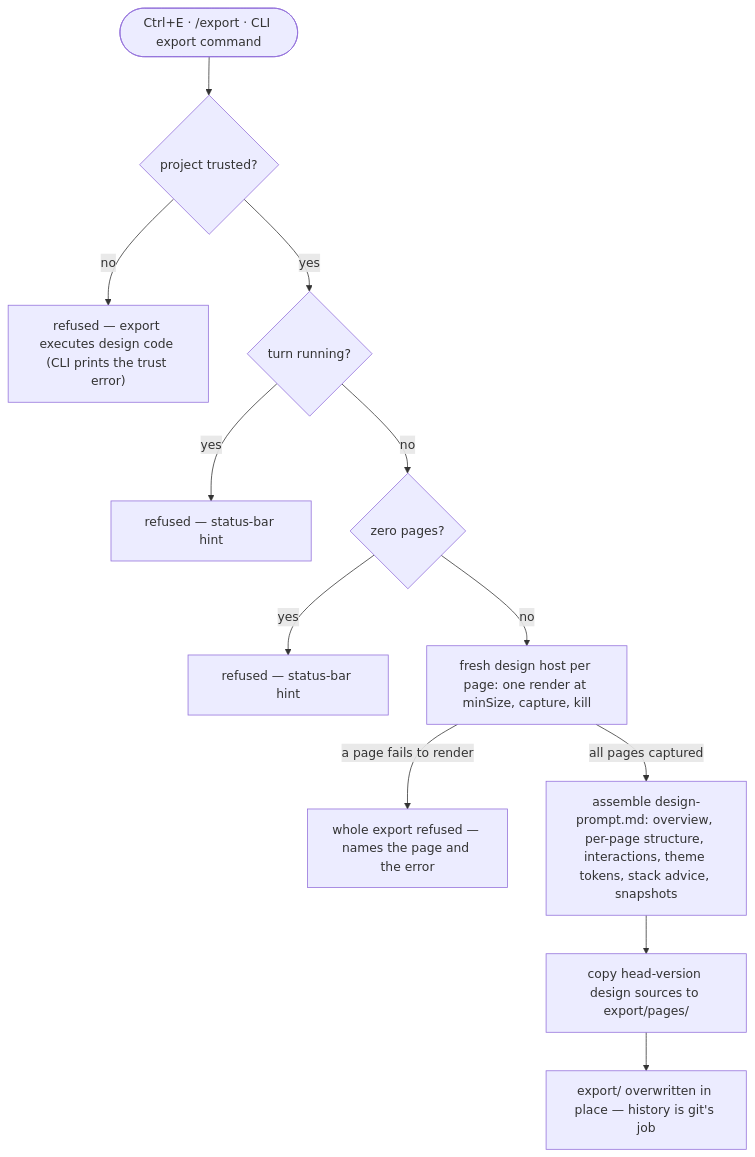
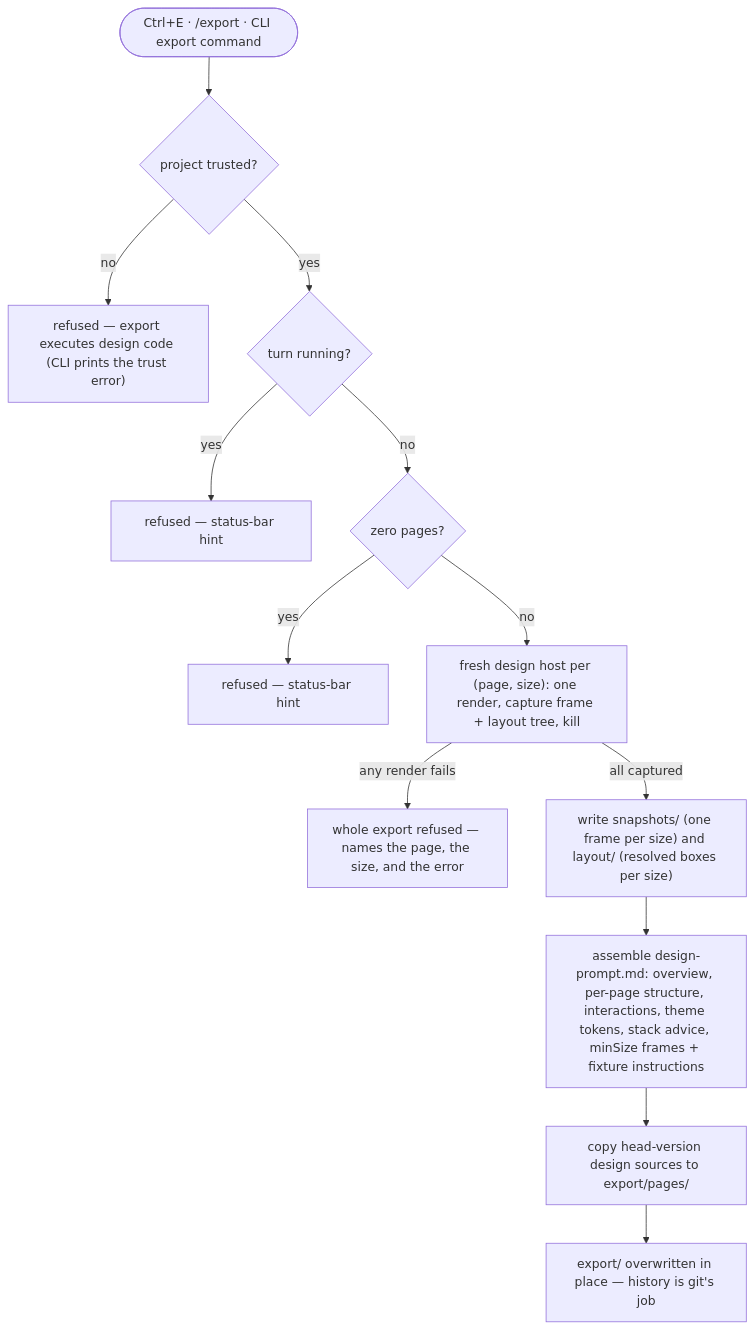
Before and after one commit to khmilevoi/termcraft: the diagram in docs/architecture/flows/export.md, drawn with Mermaid. The commit also changed other lines of this file and 5 other files, not shown here.

First line of the commit message:
docs(spec): export gains multi-size snapshots and resolved layout trees

````diff
--- a/docs/architecture/flows/export.md
+++ b/docs/architecture/flows/export.md
@@ -3,14 +3,15 @@
 ```mermaid
 flowchart TD
     trigger(["Ctrl+E · /export · CLI export command"]) --> trust{"project trusted?"}
     trust -- "no" --> hint0["refused — export executes design code (CLI prints the trust error)"]
     trust -- "yes" --> busy{"turn running?"}
     busy -- "yes" --> hint1["refused — status-bar hint"]
     busy -- "no" --> empty{"zero pages?"}
     empty -- "yes" --> hint2["refused — status-bar hint"]
-    empty -- "no" --> snap["fresh design host per page: one render at minSize, capture, kill"]
-    snap -- "a page fails to render" --> fail["whole export refused — names the page and the error"]
-    snap -- "all pages captured" --> prompt["assemble design-prompt.md: overview, per-page structure, interactions, theme tokens, stack advice, snapshots"]
+    empty -- "no" --> snap["fresh design host per (page, size): one render, capture frame + layout tree, kill"]
+    snap -- "any render fails" --> fail["whole export refused — names the page, the size, and the error"]
+    snap -- "all captured" --> write["write snapshots/ (one frame per size) and layout/ (resolved boxes per size)"]
+    write --> prompt["assemble design-prompt.md: overview, per-page structure, interactions, theme tokens, stack advice, minSize frames + fixture instructions"]
     prompt --> copy["copy head-version design sources to export/pages/"]
     copy --> done["export/ overwritten in place — history is git's job"]
 ```
````
